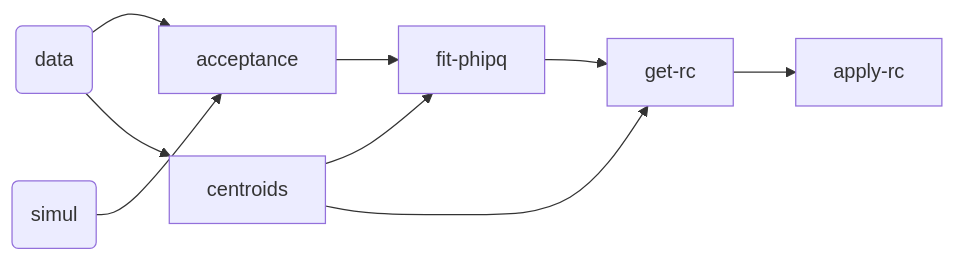
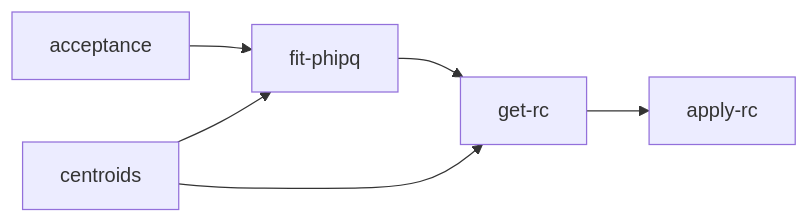
The diagram in README.md (emolinac/clas-hadron-corrections), drawn with Mermaid before and after one commit. The commit also changed other lines of this file and 1 other file, not shown here.

````diff
--- a/README.md
+++ b/README.md
@@ -22,11 +20,8 @@
 ```mermaid
 graph LR;
-    A(data)-->acceptance;
-    A(data)-->centroids;
-    B(simul)-->acceptance;
     acceptance-->fit-phipq;
     centroids-->fit-phipq;
     centroids-->get-rc;
     fit-phipq-->get-rc;
     get-rc-->apply-rc;
 ```
````
